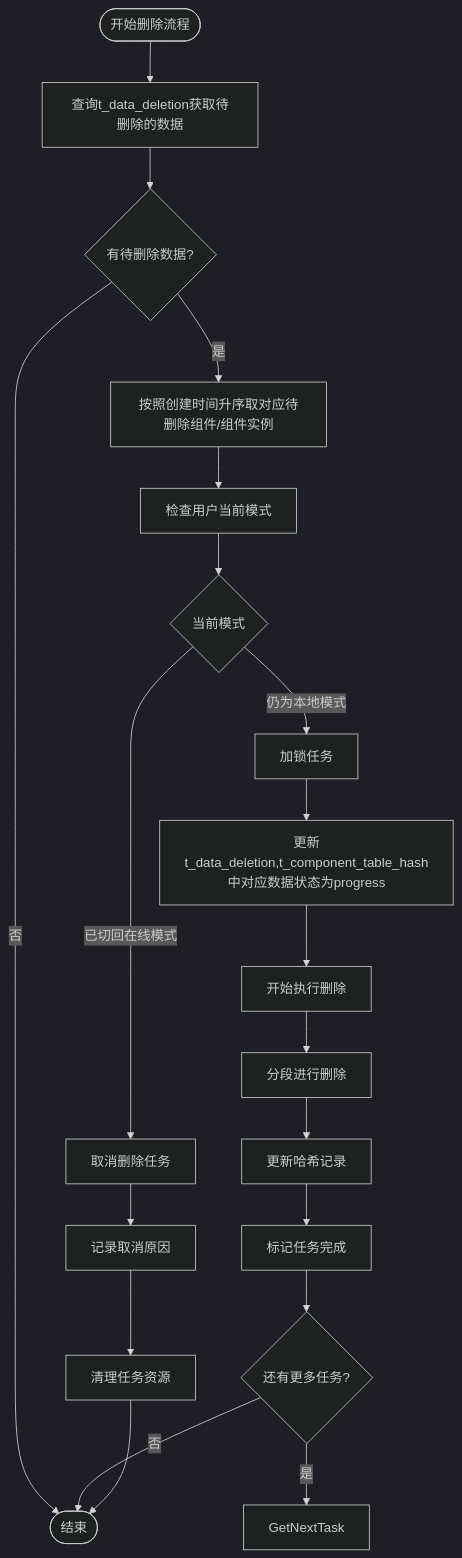
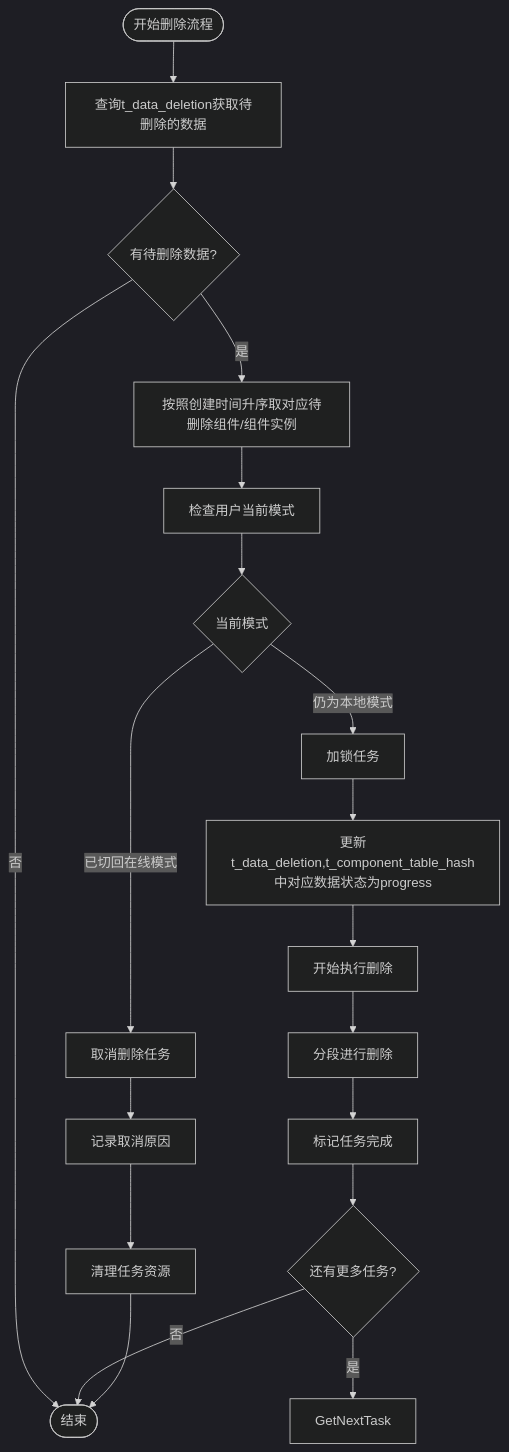
Before and after one commit to yingjianzh/iodraw-files: the diagram in all/未命名-51.md, drawn with Mermaid (dark theme).

Commit message:
2025-05-08 15:31:17 update

````diff
--- a/all/未命名-51.md
+++ b/all/未命名-51.md
@@ -1,31 +1,30 @@
 ```mermaid
 flowchart TD
     Start([开始删除流程]) --> FetchTasks[查询t_data_deletion获取待删除的数据]
     FetchTasks --> HasTasks{有待删除数据?}
     
     HasTasks -->|否| End([结束])
     HasTasks -->|是| PrioritizeTasks[按照创建时间升序取对应待删除组件/组件实例]
     
     PrioritizeTasks --> CheckUserMode[检查用户当前模式]
     
     CheckUserMode --> CurrentMode{当前模式}
     CurrentMode -->|已切回在线模式| TaskCancel[取消删除任务]
     CurrentMode -->|仍为本地模式| LockTask[加锁任务]
     
     LockTask --> UpdateStatus[更新t_data_deletion,t_component_table_hash中对应数据状态为progress]
     UpdateStatus --> BeginDeletion[开始执行删除]
     
     BeginDeletion --> A[分段进行删除]
     
-    A --> UpdateHashRecord[更新哈希记录]
-    UpdateHashRecord --> MarkCompleted[标记任务完成]
+    A --> MarkCompleted[标记任务完成]
     
     TaskCancel --> LogCancellation[记录取消原因]
     LogCancellation --> CleanupTask[清理任务资源]
     
     MarkCompleted --> CheckMoreTasks{还有更多任务?}
     CheckMoreTasks -->|是| GetNextTask
     CheckMoreTasks -->|否| End
     
     CleanupTask --> End
 ```
````
